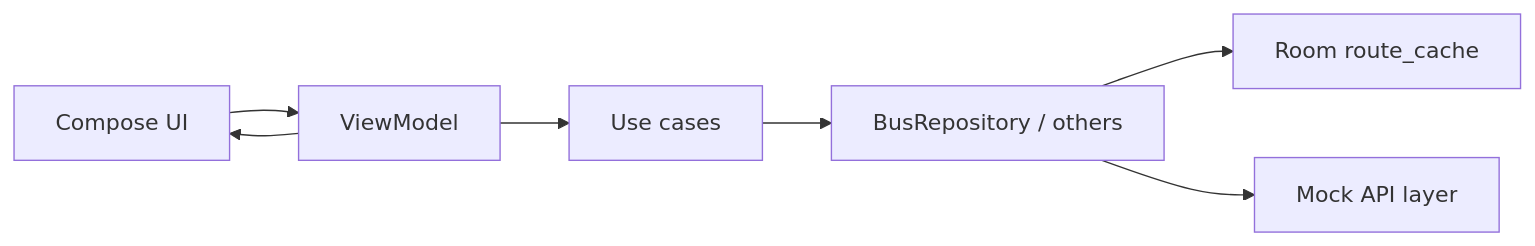
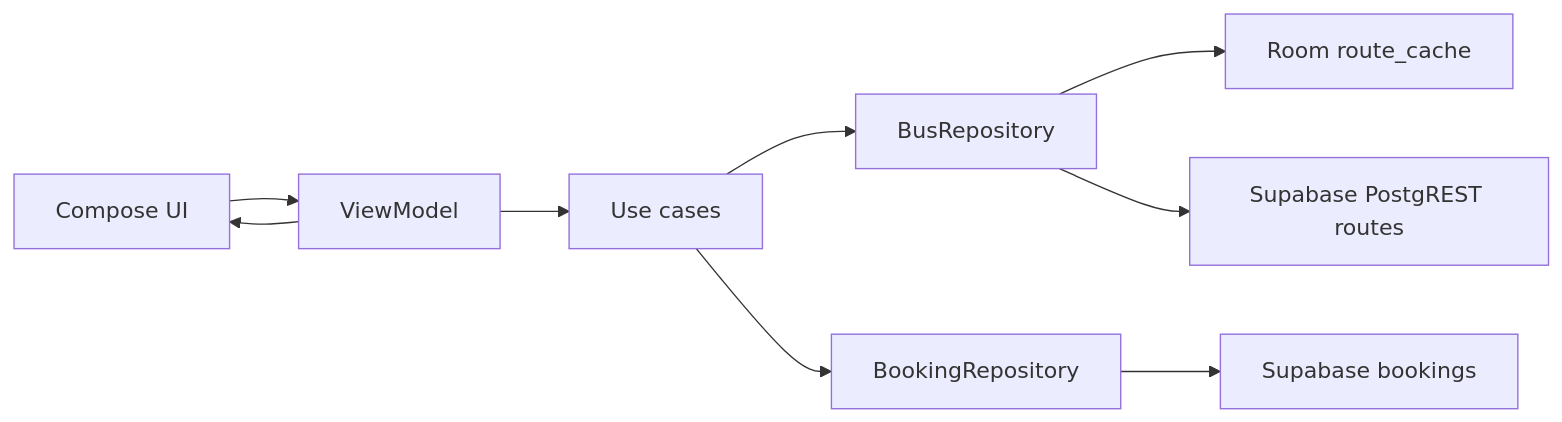
Before and after one commit to orikaleb/mobile: the diagram in README.md, drawn with Mermaid. The commit also changed other lines of this file and 41 other files, not shown here.

First line of the commit message:
Add Supabase auth, RLS schema, demo wallet, and booking flow

````diff
--- a/README.md
+++ b/README.md
@@ -26,9 +26,11 @@
 ```mermaid
 flowchart LR
     UI[Compose UI] --> VM[ViewModel]
     VM --> UC[Use cases]
-    UC --> BR[BusRepository / others]
+    UC --> BR[BusRepository]
+    UC --> BK[BookingRepository]
     BR --> CACHE[Room route_cache]
-    BR --> REMOTE[Mock API layer]
+    BR --> REMOTE[Supabase PostgREST routes]
+    BK --> SB[Supabase bookings]
     VM --> UI
 ```
````
